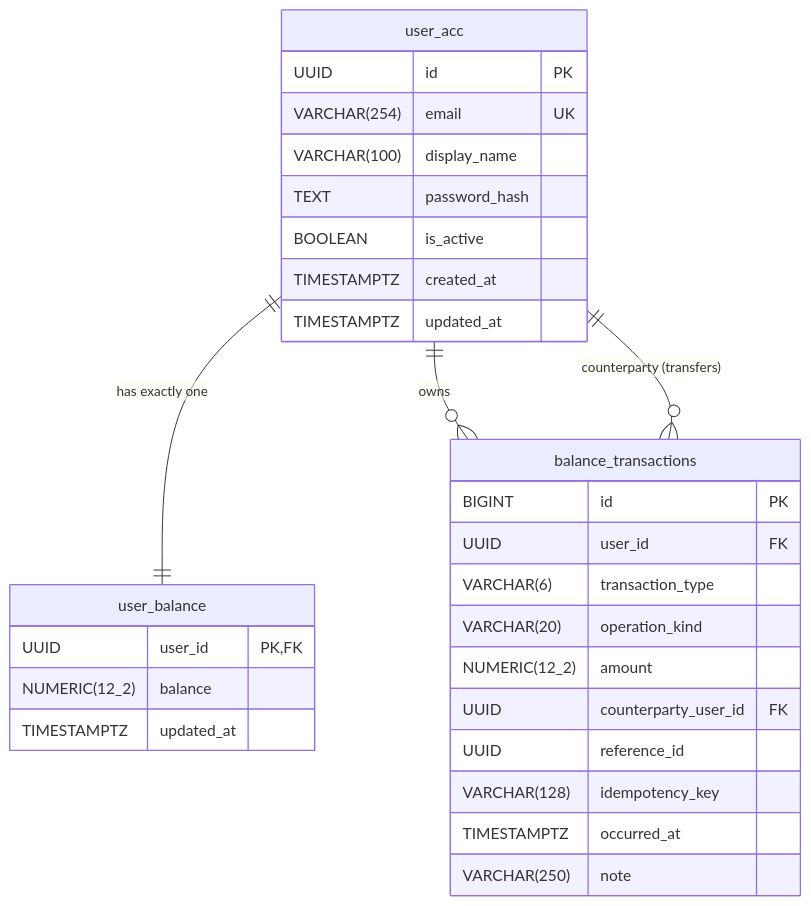
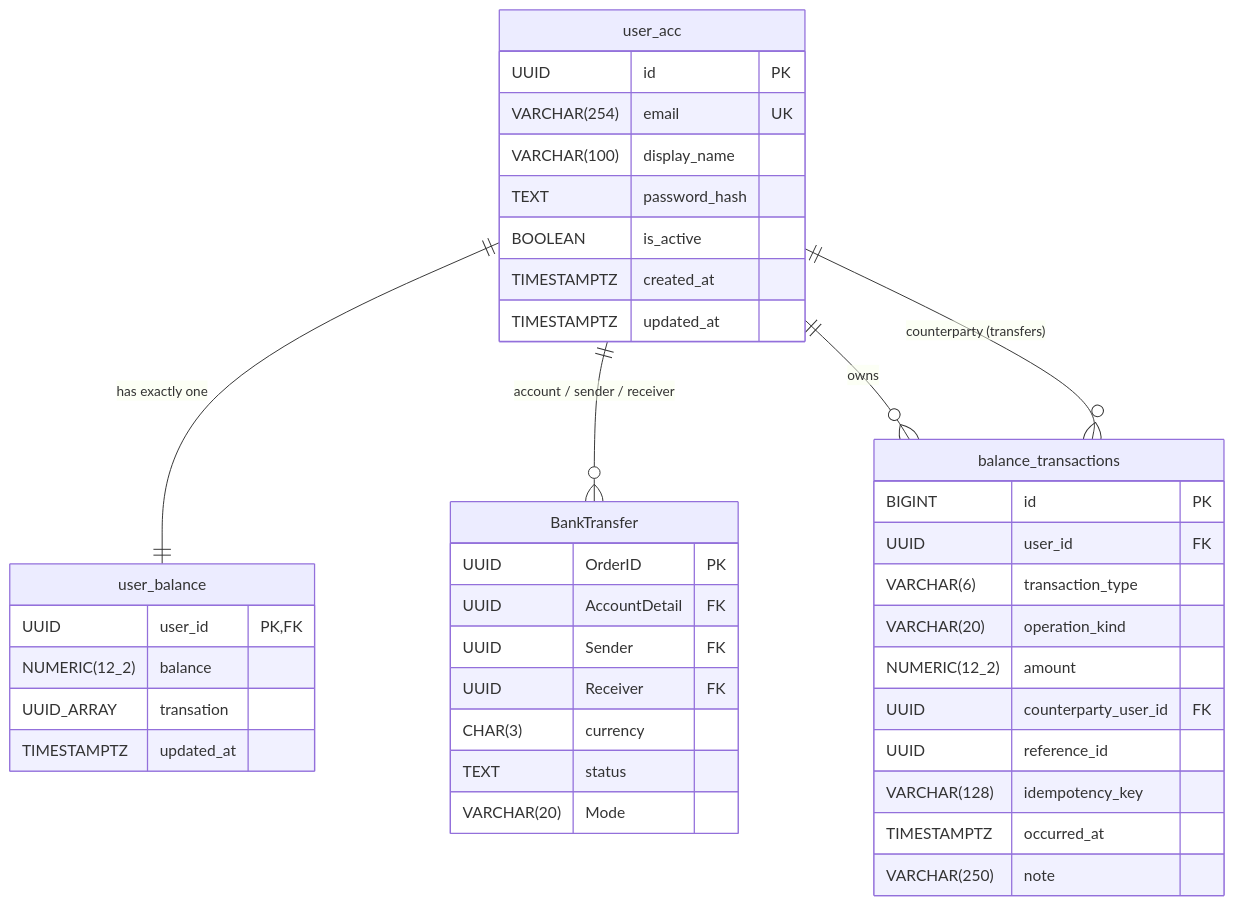
The diagram in docs/database.md (Sc-Designs/Bank), drawn with Mermaid before and after one commit. The commit also changed other lines of this file and 6 other files, not shown here.

Commit message:
Add UserBallanceSchema, fix BankTransfer schema, and update docs

````diff
--- a/docs/database.md
+++ b/docs/database.md
@@ -9,35 +9,47 @@
 ```mermaid
 erDiagram
     user_acc ||--|| user_balance : "has exactly one"
+    user_acc ||--o{ BankTransfer : "account / sender / receiver"
     user_acc ||--o{ balance_transactions : "owns"
     user_acc ||--o{ balance_transactions : "counterparty (transfers)"
 
     user_acc {
         UUID id PK
         VARCHAR(254) email UK
         VARCHAR(100) display_name
         TEXT password_hash
         BOOLEAN is_active
         TIMESTAMPTZ created_at
         TIMESTAMPTZ updated_at
     }
 
     user_balance {
         UUID user_id PK,FK
         NUMERIC(12_2) balance
+        UUID_ARRAY transation
         TIMESTAMPTZ updated_at
+    }
+
+    BankTransfer {
+        UUID OrderID PK
+        UUID AccountDetail FK
+        UUID Sender FK
+        UUID Receiver FK
+        CHAR(3) currency
+        TEXT status
+        VARCHAR(20) Mode
     }
 
     balance_transactions {
         BIGINT id PK
         UUID user_id FK
         VARCHAR(6) transaction_type
         VARCHAR(20) operation_kind
         NUMERIC(12_2) amount
         UUID counterparty_user_id FK
         UUID reference_id
         VARCHAR(128) idempotency_key
         TIMESTAMPTZ occurred_at
         VARCHAR(250) note
     }
 ```
````
